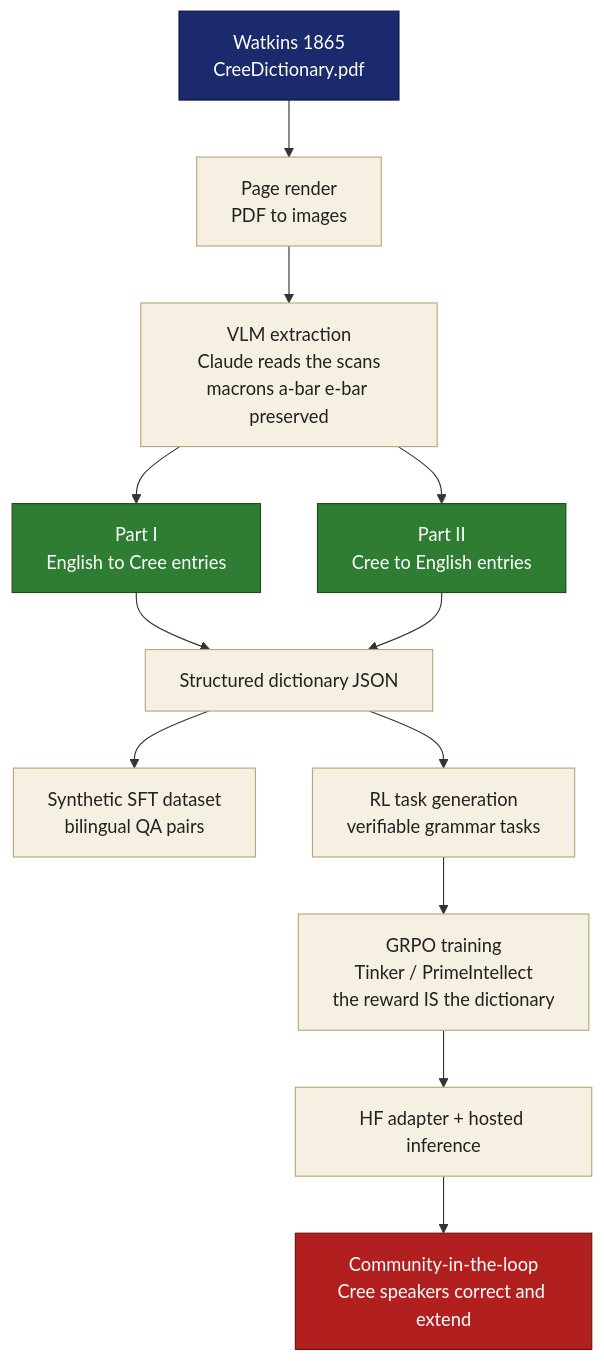
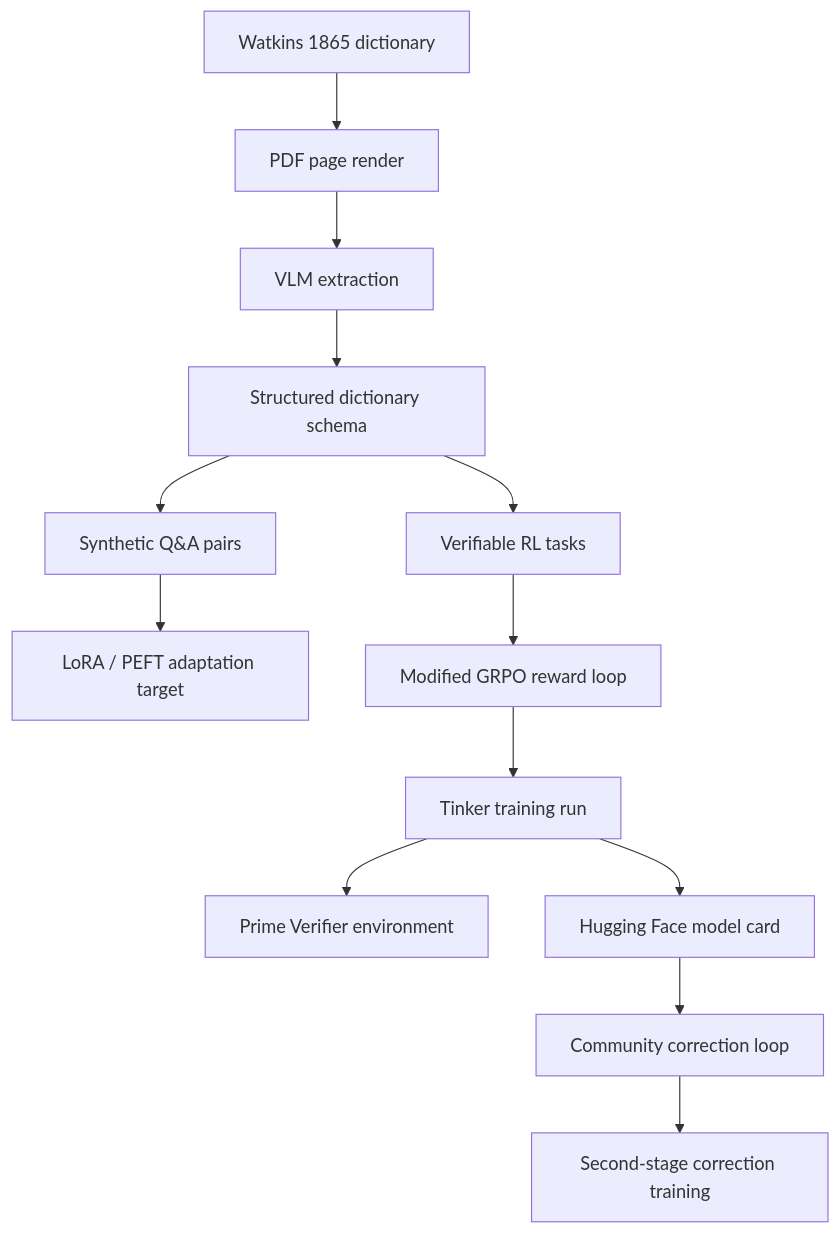
One commit to HarleyCoops/Cree1865 changed the diagram in README.showcase.md. Above: the diagram before and after it, drawn with Mermaid. The commit also changed other lines of this file and 1 other file, not shown here.

Commit message:
docs: rewrite Cree README thesis

````diff
--- a/README.showcase.md
+++ b/README.showcase.md
@@ -93,19 +88,15 @@
 ```mermaid
 flowchart TD
-    A["Watkins 1865<br/>CreeDictionary.pdf"]:::src --> B["Page render<br/>PDF to images"]:::step
-    B --> C["VLM extraction<br/>Claude reads the scans<br/>macrons a-bar e-bar preserved"]:::step
-    C --> D["Part I<br/>English to Cree entries"]:::ok
-    C --> E["Part II<br/>Cree to English entries"]:::ok
-    D --> F["Structured dictionary JSON"]:::step
-    E --> F
-    F --> G["Synthetic SFT dataset<br/>bilingual QA pairs"]:::step
-    F --> H["RL task generation<br/>verifiable grammar tasks"]:::step
-    H --> I["GRPO training<br/>Tinker / PrimeIntellect<br/>the reward IS the dictionary"]:::step
-    I --> J["HF adapter + hosted inference"]:::step
-    J --> K["Community-in-the-loop<br/>Cree speakers correct and extend"]:::comm
-
-    classDef src fill:#1a2a6c,stroke:#0d1430,color:#fff;
-    classDef step fill:#f5f0e1,stroke:#b8a878,color:#222;
-    classDef ok fill:#2e7d32,stroke:#1b4d1f,color:#fff;
-    classDef comm fill:#b21f1f,stroke:#6d1212,color:#fff;
+    A["Watkins 1865 dictionary"] --> B["PDF page render"]
+    B --> C["VLM extraction"]
+    C --> D["Structured dictionary schema"]
+    D --> E["Synthetic Q&A pairs"]
+    D --> F["Verifiable RL tasks"]
+    E --> G["LoRA / PEFT adaptation target"]
+    F --> H["Modified GRPO reward loop"]
+    H --> I["Tinker training run"]
+    I --> J["Prime Verifier environment"]
+    I --> K["Hugging Face model card"]
+    K --> L["Community correction loop"]
+    L --> M["Second-stage correction training"]
 ```
````
